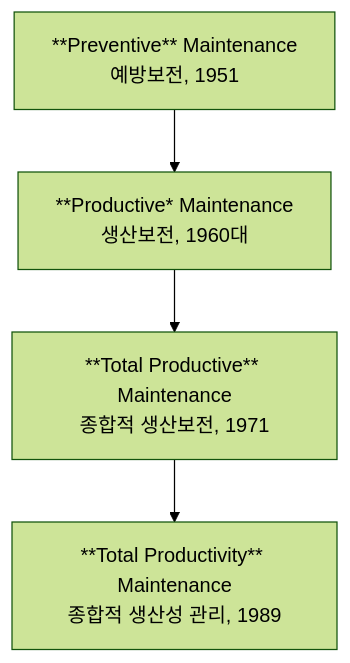
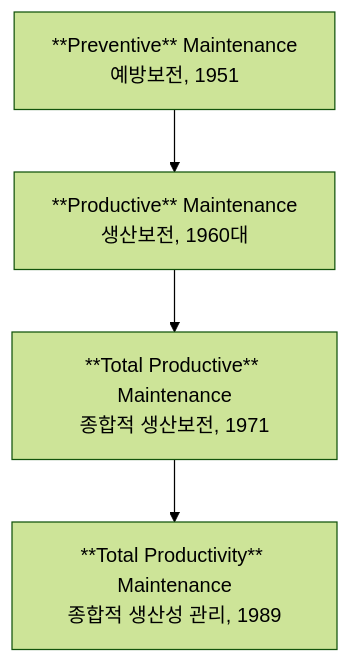
Before and after one commit to yeonkyupark/pepc2e: the first of 5 diagrams in 0602설비보전관리.qmd, drawn with Mermaid (forest theme). The commit also changed other lines of this file, not shown here.

````diff
--- a/0602설비보전관리.qmd
+++ b/0602설비보전관리.qmd
@@ -10,9 +10,9 @@
 ```{mermaid}
 flowchart TD
 1["**Preventive** Maintenance<br>예방보전, 1951"]
-2["**Productive* Maintenance<br>생산보전, 1960대"]
+2["**Productive** Maintenance<br>생산보전, 1960대"]
 3["**Total Productive** Maintenance<br>종합적 생산보전, 1971"]
 4["**Total Productivity** Maintenance<br>종합적 생산성 관리, 1989"]
 
 1 --> 2 --> 3 --> 4
 ```
````
